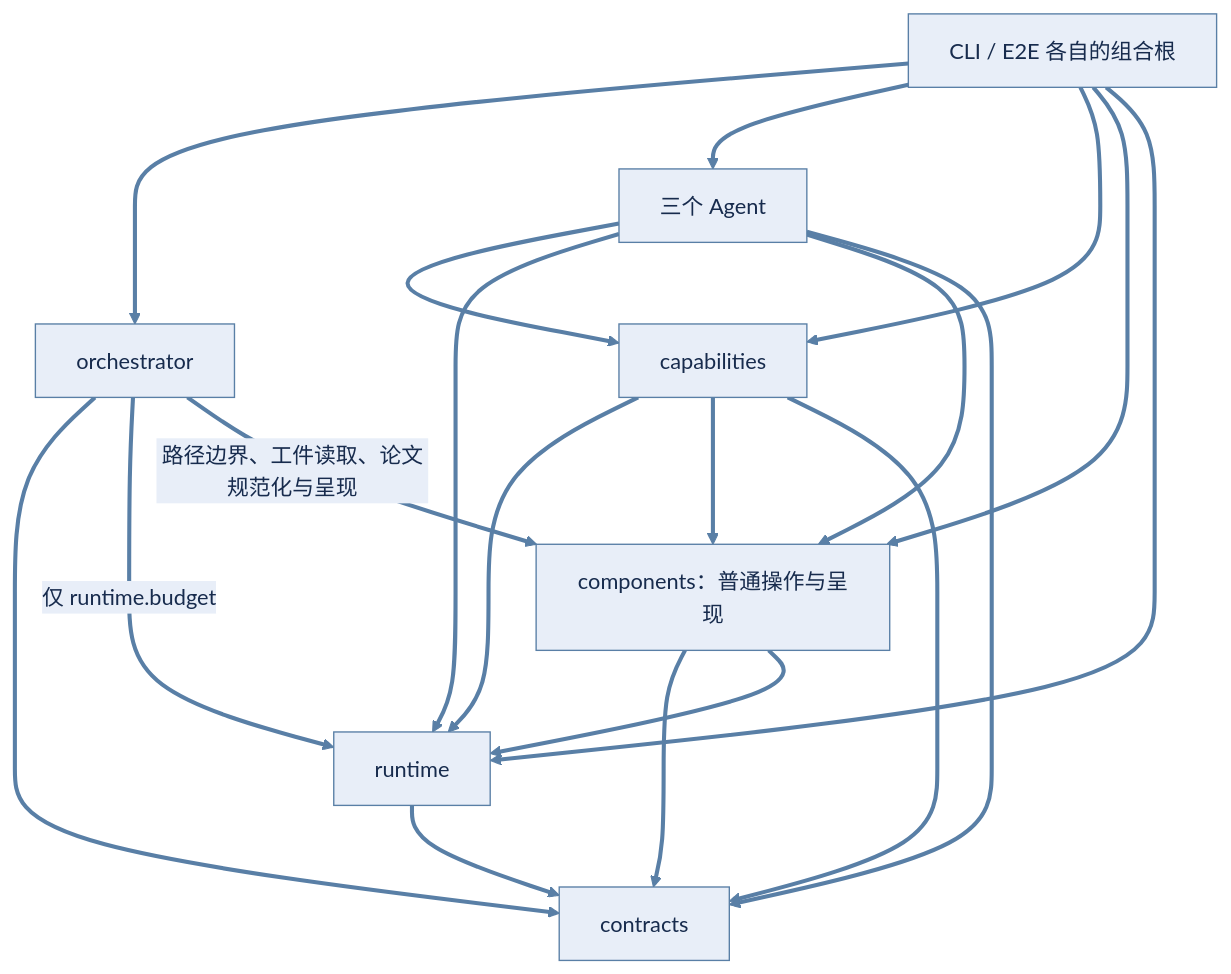
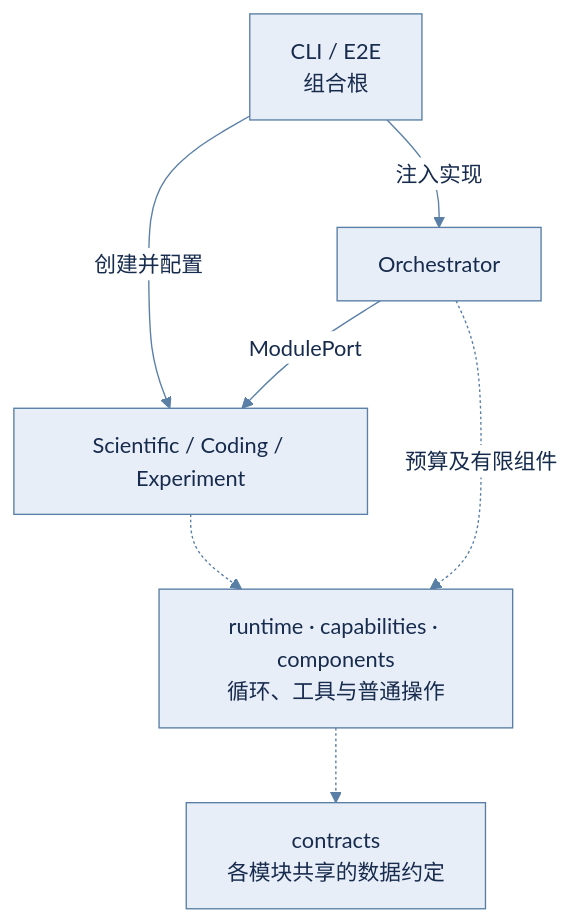
Before and after one commit to ylc123456789/ResAgent2: the second of 2 diagrams in docs/current/ARCHITECTURE.md, drawn with Mermaid. The commit also changed other lines of this file and 3 other files, not shown here.

````diff
--- a/docs/current/ARCHITECTURE.md
+++ b/docs/current/ARCHITECTURE.md
@@ -60,23 +92,10 @@
 ```mermaid
-%%{init: {"theme": "base", "themeVariables": {"primaryColor": "#e8eef8", "primaryTextColor": "#172b4d", "primaryBorderColor": "#597fa6", "lineColor": "#597fa6", "textColor": "#172b4d", "edgeLabelBackground": "#e8eef8"}, "flowchart": {"nodeSpacing": 50, "rankSpacing": 60}}}%%
+%%{init: {"theme": "base", "themeVariables": {"primaryColor": "#e8eef8", "primaryTextColor": "#172b4d", "primaryBorderColor": "#597fa6", "lineColor": "#597fa6", "textColor": "#172b4d", "edgeLabelBackground": "#ffffff"}, "flowchart": {"nodeSpacing": 35, "rankSpacing": 55}}}%%
 flowchart TB
-    Runtime[runtime] --> Contracts[contracts]
-    Components[components：普通操作与呈现] --> Contracts
-    Components --> Runtime
-    Caps[capabilities] --> Runtime
-    Caps --> Components
-    Caps --> Contracts
-    Agents[三个 Agent] --> Caps
-    Agents --> Runtime
-    Agents --> Components
-    Agents --> Contracts
-    Orch[orchestrator] --> Contracts
-    Orch -->|仅 runtime.budget| Runtime
-    Orch -->|路径边界、工件读取、论文规范化与呈现| Components
-    Root[CLI / E2E 各自的组合根] --> Orch
-    Root --> Agents
-    Root --> Caps
-    Root --> Components
-    Root --> Runtime
-    linkStyle default stroke:#597fa6,stroke-width:3px
+    Root[CLI / E2E<br/>组合根] -->|注入实现| Orch[Orchestrator]
+    Root -->|创建并配置| Agents[Scientific / Coding / Experiment]
+    Orch -->|ModulePort| Agents
+    Agents -.-> Shared[runtime · capabilities · components<br/>循环、工具与普通操作]
+    Orch -.->|预算及有限组件| Shared
+    Shared -.-> Contracts[contracts<br/>各模块共享的数据约定]
 ```
````
